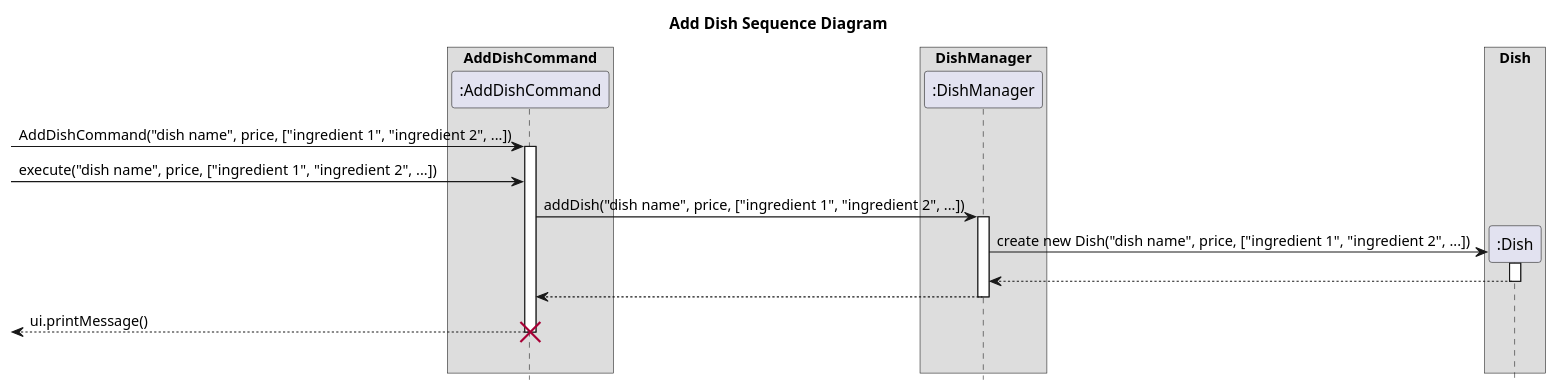
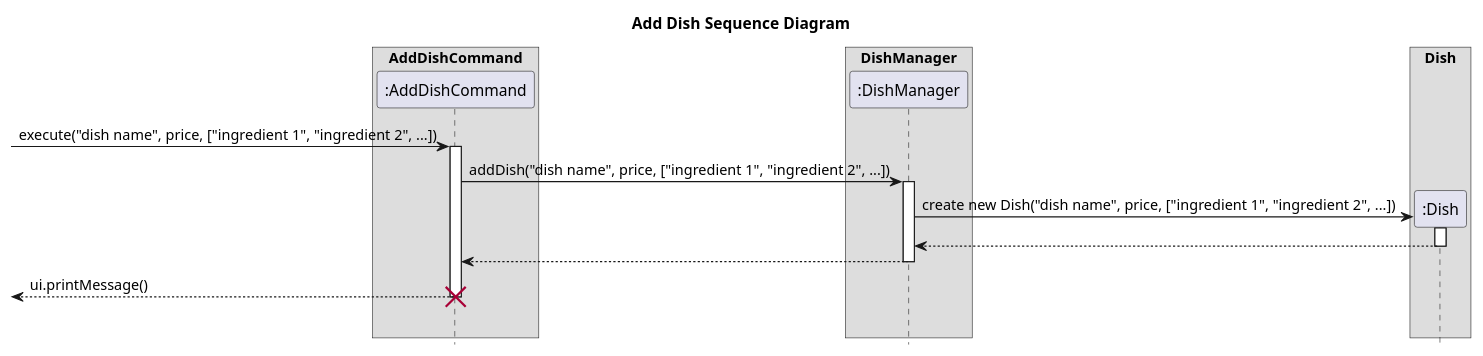
Before and after one commit to nus-cs2113-AY2223S2/tp: the diagram in docs/uml/AddDishCommandSequenceDiagram.puml, drawn with PlantUML. The commit also changed 3 other files, not shown here.

Commit message:
Update UML sequence diagrams for Dish commands

```diff
--- a/docs/uml/AddDishCommandSequenceDiagram.puml
+++ b/docs/uml/AddDishCommandSequenceDiagram.puml
@@ -1,31 +1,31 @@
 @startuml
 hide footbox
 title Add Dish Sequence Diagram
 
 box "AddDishCommand"
 participant ":AddDishCommand" as AddDishCommand
 endbox
 
 box "DishManager"
 participant ":DishManager" as DishManager
 endbox
 
 box "Dish"
 participant ":Dish" as Dish
 endbox
 
--> AddDishCommand ++ : AddDishCommand("dish name", price, ["ingredient 1", "ingredient 2", ...])
 -> AddDishCommand: execute("dish name", price, ["ingredient 1", "ingredient 2", ...])
+activate AddDishCommand
 AddDishCommand -> DishManager ++ : addDish("dish name", price, ["ingredient 1", "ingredient 2", ...])
 
 create Dish
 Dish <- DishManager ++ : create new Dish("dish name", price, ["ingredient 1", "ingredient 2", ...])
 Dish --> DishManager
 deactivate
 AddDishCommand <-- DishManager
 deactivate
 <-- AddDishCommand: ui.printMessage()
 
 destroy AddDishCommand
 |||
 @enduml
```
